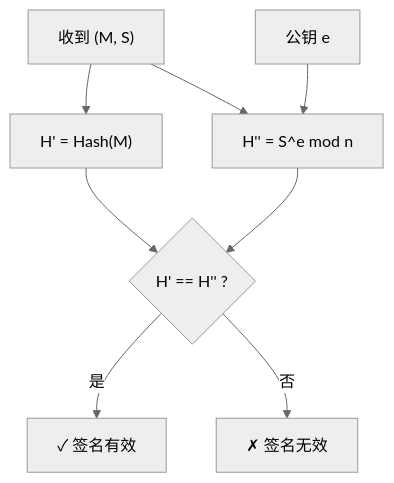
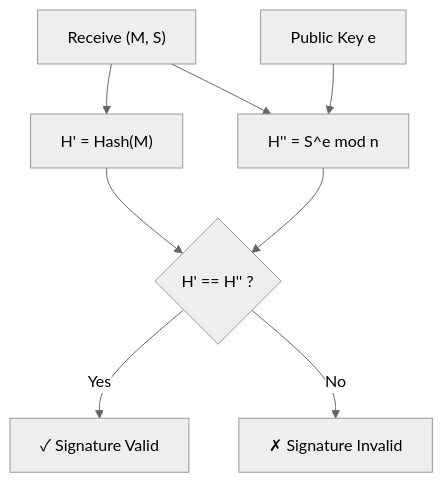
Before and after one commit to stars-labs/cryptograph-onboarding-trainning: the second of 2 diagrams in docs/cryptography/rsa.mdx, drawn with Mermaid (neutral theme). The commit also changed other lines of this file and 15 other files, not shown here.

````diff
--- a/docs/cryptography/rsa.mdx
+++ b/docs/cryptography/rsa.mdx
@@ -406,10 +402,10 @@
 ```mermaid
 flowchart TD
-    IN["收到 (M, S)"] --> H1["H' = Hash(M)"]
+    IN["Receive (M, S)"] --> H1["H' = Hash(M)"]
     IN --> H2["H'' = S^e mod n"]
-    E[公钥 e] --> H2
+    E[Public Key e] --> H2
     H1 --> CHECK{"H' == H'' ?"}
     H2 --> CHECK
-    CHECK -->|是| VALID[✓ 签名有效]
-    CHECK -->|否| INVALID[✗ 签名无效]
+    CHECK -->|Yes| VALID[✓ Signature Valid]
+    CHECK -->|No| INVALID[✗ Signature Invalid]
 ```
````
